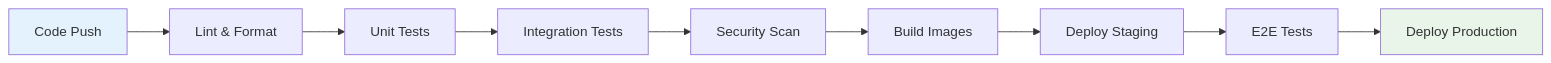
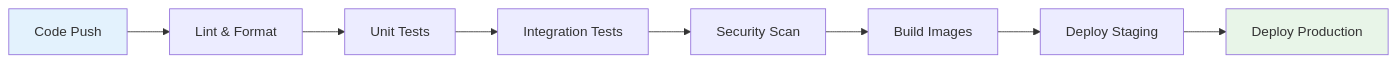
Before and after one commit to AISE-TUDelft/code4me2-server: the sixth of 7 diagrams in README.md, drawn with Mermaid. The commit also changed other lines of this file, not shown here.

````diff
--- a/README.md
+++ b/README.md
@@ -345,14 +334,13 @@
 ```mermaid
 graph LR
     A[Code Push] --> B[Lint & Format]
     B --> C[Unit Tests]
     C --> D[Integration Tests]
     D --> E[Security Scan]
     E --> F[Build Images]
     F --> G[Deploy Staging]
-    G --> H[E2E Tests]
-    H --> I[Deploy Production]
+    G --> I[Deploy Production]
     
     style A fill:#e3f2fd
     style I fill:#e8f5e8
 ```
````
